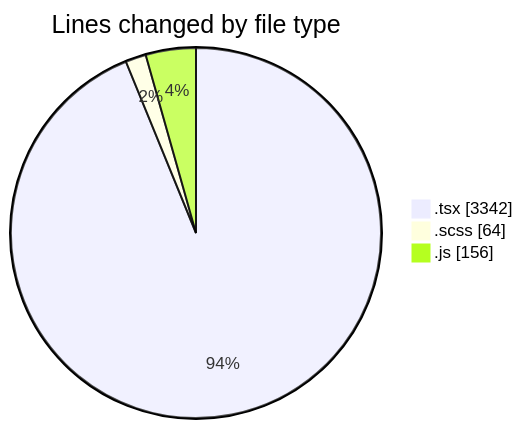
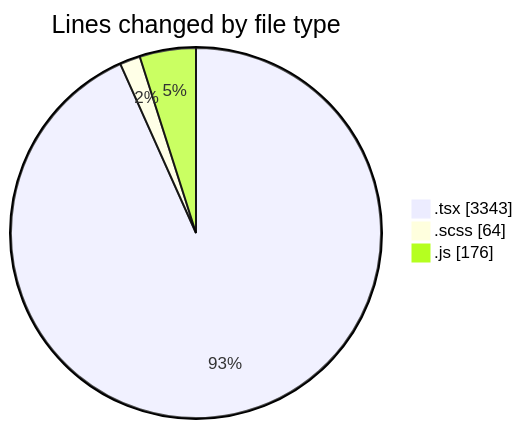
Before and after one commit to momahboobian/code-tracking: the first of 2 diagrams in 2025-06-16/cda/README.md, drawn with Mermaid. The commit also changed other lines of this file and 1 other file, not shown here.

````diff
--- a/2025-06-16/cda/README.md
+++ b/2025-06-16/cda/README.md
@@ -35,7 +35,7 @@
 ```mermaid
 pie showData
 title Lines changed by file type
-".tsx" : 3342
+".tsx" : 3343
 ".scss" : 64
-".js" : 156
+".js" : 176
 ```
````
